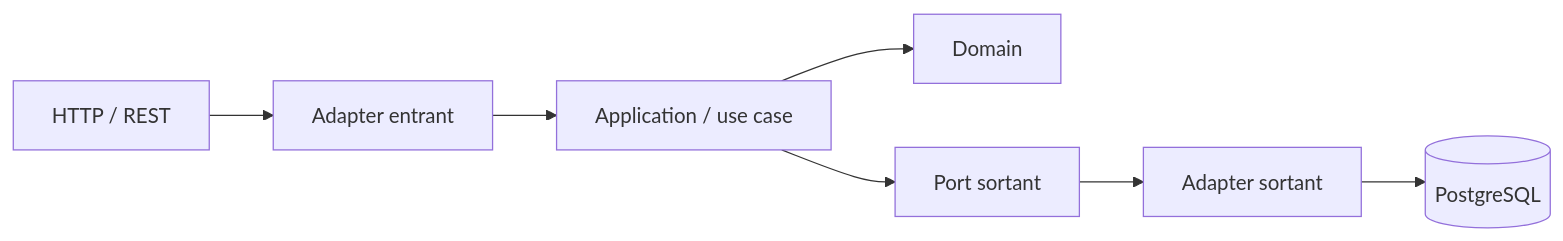
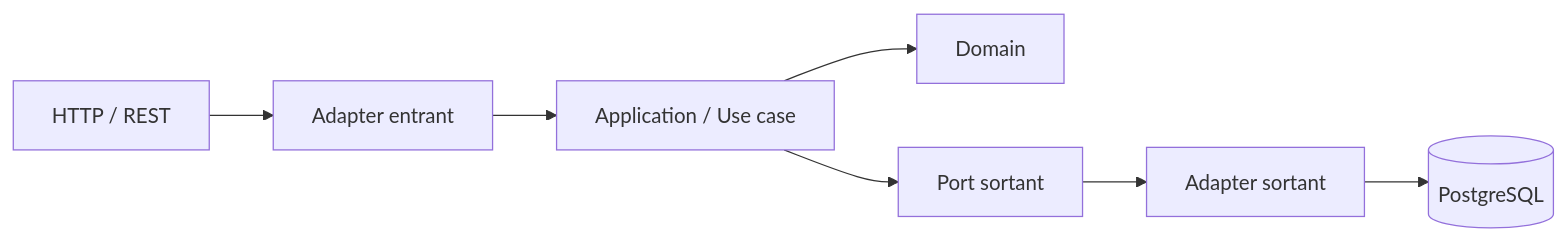
Before and after one commit to mjodheim/Cellar: the second of 2 diagrams in README.md, drawn with Mermaid. The commit also changed other lines of this file, not shown here.

````diff
--- a/README.md
+++ b/README.md
@@ -84,9 +77,9 @@
 ```mermaid
 flowchart LR
     HTTP[HTTP / REST] --> IN[Adapter entrant]
-    IN --> APP[Application / use case]
-    APP --> DOM[Domain]
+    IN --> APP[Application / Use case]
+    APP --> DOMAIN[Domain]
     APP --> PORT[Port sortant]
     PORT --> OUT[Adapter sortant]
     OUT --> DB[(PostgreSQL)]
 ```
````
